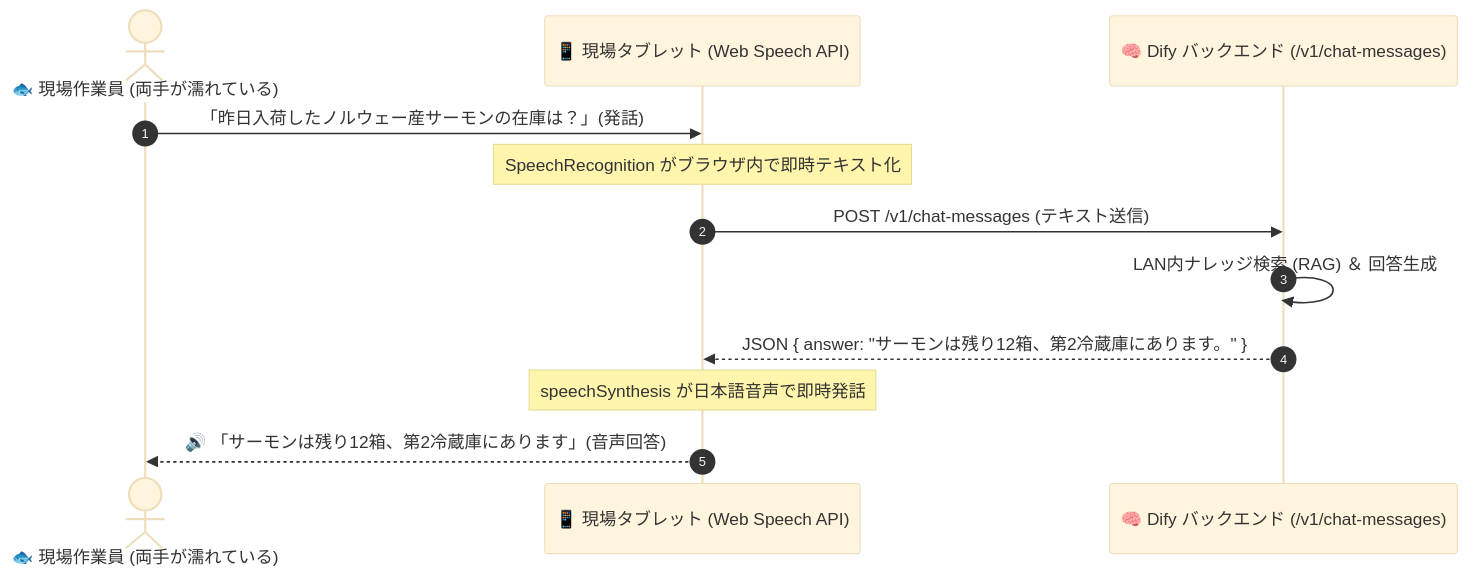
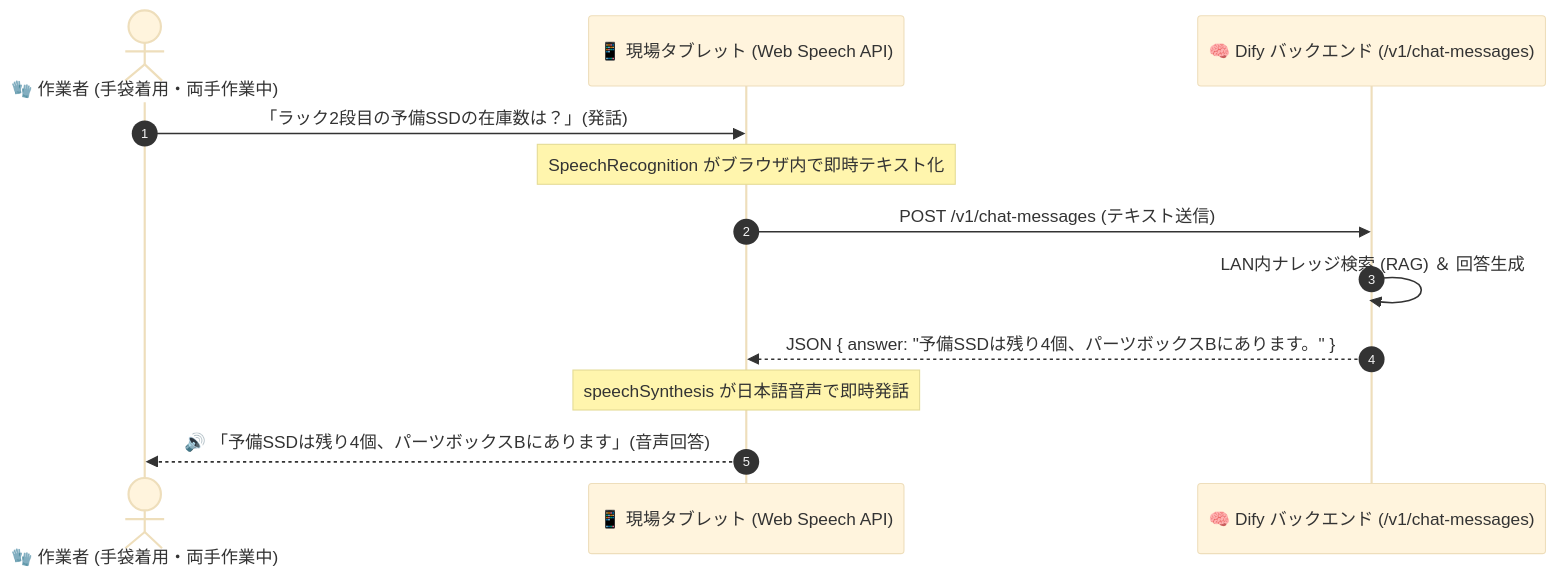
One commit to ojisantech/ojisan-arsenal changed the diagram in QIITA_ARTICLE_DETAIL_13.md. Above: the diagram before and after it, drawn with Mermaid (base theme). The commit also changed other lines of this file and 7 other files, not shown here.

````diff
--- a/QIITA_ARTICLE_DETAIL_13.md
+++ b/QIITA_ARTICLE_DETAIL_13.md
@@ -37,17 +37,17 @@
 ```mermaid
 sequenceDiagram
     autonumber
-    actor Worker as 🐟 現場作業員 (両手が濡れている)
+    actor Worker as 🧤 作業者 (手袋着用・両手作業中)
     participant Browser as 📱 現場タブレット (Web Speech API)
     participant Dify as 🧠 Dify バックエンド (/v1/chat-messages)
 
-    Worker->>Browser: 「昨日入荷したノルウェー産サーモンの在庫は？」(発話)
+    Worker->>Browser: 「ラック2段目の予備SSDの在庫数は？」(発話)
     Note over Browser: SpeechRecognition がブラウザ内で即時テキスト化
 
     Browser->>Dify: POST /v1/chat-messages (テキスト送信)
     Dify->>Dify: LAN内ナレッジ検索 (RAG) ＆ 回答生成
-    Dify-->>Browser: JSON { answer: "サーモンは残り12箱、第2冷蔵庫にあります。" }
+    Dify-->>Browser: JSON { answer: "予備SSDは残り4個、パーツボックスBにあります。" }
 
     Note over Browser: speechSynthesis が日本語音声で即時発話
-    Browser-->>Worker: 🔊 「サーモンは残り12箱、第2冷蔵庫にあります」(音声回答)
+    Browser-->>Worker: 🔊 「予備SSDは残り4個、パーツボックスBにあります」(音声回答)
 ```
````
